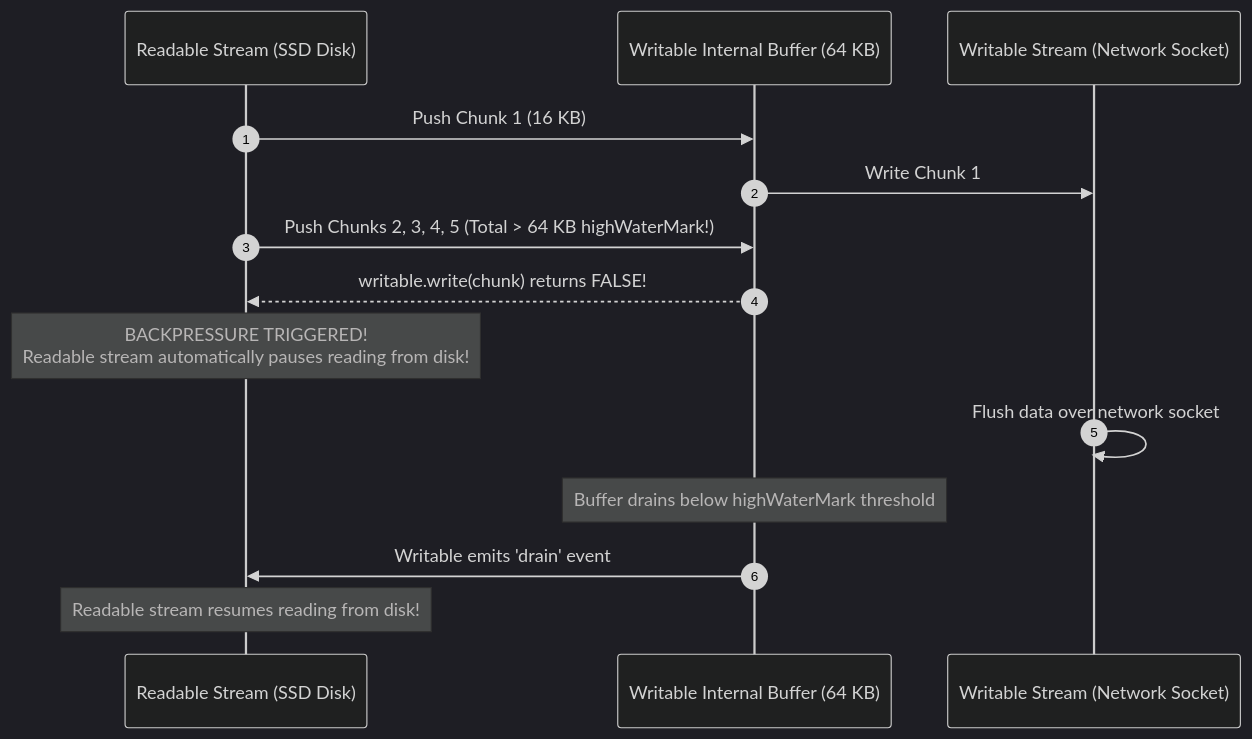
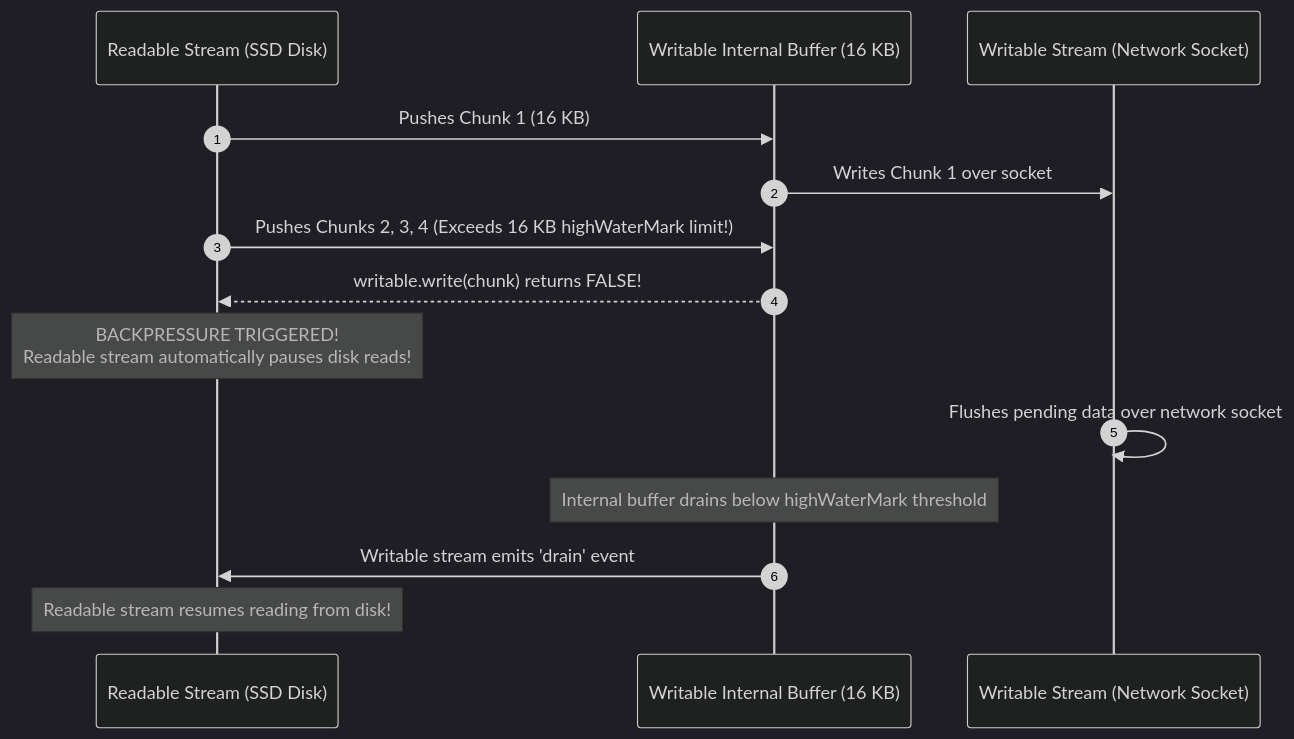
Before and after one commit to Amie-dev/engineering-playbook: the third of 3 diagrams in nodejs-notes/10-streams-readable-writable.md, drawn with Mermaid (dark theme). The commit also changed other lines of this file and 31 other files, not shown here.

````diff
--- a/nodejs-notes/10-streams-readable-writable.md
+++ b/nodejs-notes/10-streams-readable-writable.md
@@ -52,18 +58,20 @@
 ```mermaid
 sequenceDiagram
     autonumber
     participant Read as Readable Stream (SSD Disk)
-    participant Buffer as Writable Internal Buffer (64 KB)
+    participant Buffer as Writable Internal Buffer (16 KB)
     participant Write as Writable Stream (Network Socket)
 
-    Read->>Buffer: Push Chunk 1 (16 KB)
-    Buffer->>Write: Write Chunk 1
-    Read->>Buffer: Push Chunks 2, 3, 4, 5 (Total > 64 KB highWaterMark!)
+    Read->>Buffer: Pushes Chunk 1 (16 KB)
+    Buffer->>Write: Writes Chunk 1 over socket
+    Read->>Buffer: Pushes Chunks 2, 3, 4 (Exceeds 16 KB highWaterMark limit!)
     Buffer-->>Read: writable.write(chunk) returns FALSE!
-    Note over Read: BACKPRESSURE TRIGGERED!<br/>Readable stream automatically pauses reading from disk!
     
-    Write->>Write: Flush data over network socket
-    Note over Buffer: Buffer drains below highWaterMark threshold
-    Buffer->>Read: Writable emits 'drain' event
-    Note over Read: Readable stream resumes reading from disk!
+    note over Read: BACKPRESSURE TRIGGERED!<br/>Readable stream automatically pauses disk reads!
+    
+    Write->>Write: Flushes pending data over network socket
+    note over Buffer: Internal buffer drains below highWaterMark threshold
+    Buffer->>Read: Writable stream emits 'drain' event
+    
+    note over Read: Readable stream resumes reading from disk!
 ```
````
